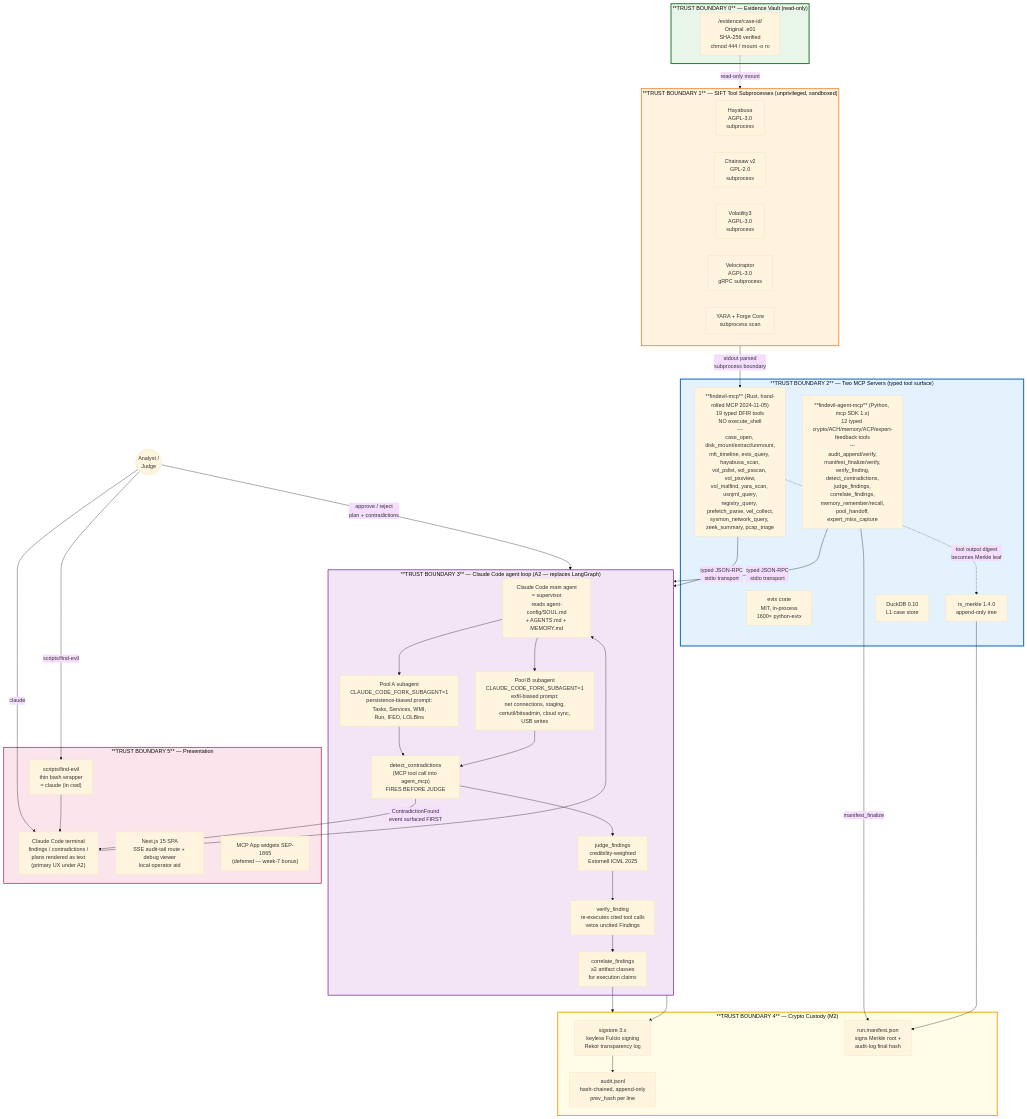
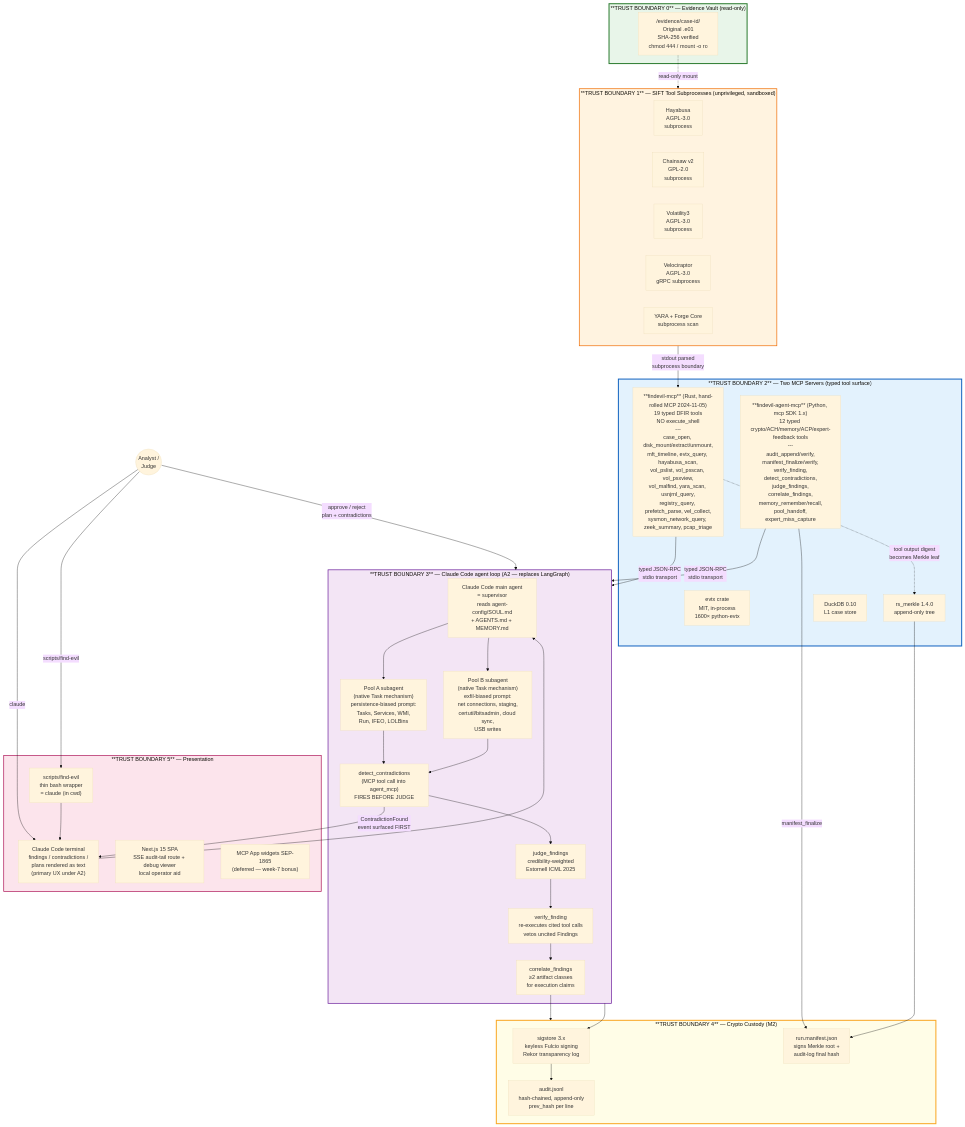
The first of 3 diagrams in docs/architecture.md (TimothyVang/sans-hackathon), drawn with Mermaid (base theme) before and after one commit. The commit also changed other lines of this file and 4 other files, not shown here.

First line of the commit message:
docs(plan): correct CLAUDE_CODE_FORK_SUBAGENT to native subagent mechanism in product docs

````diff
--- a/docs/architecture.md
+++ b/docs/architecture.md
@@ -44,81 +44,81 @@
 ```mermaid
 flowchart TB
     subgraph Trust0["**TRUST BOUNDARY 0** — Evidence Vault (read-only)"]
         Evidence["/evidence/case-id/<br/>Original .e01<br/>SHA-256 verified<br/>chmod 444 / mount -o ro"]
     end
 
     subgraph Trust1["**TRUST BOUNDARY 1** — SIFT Tool Subprocesses (unprivileged, sandboxed)"]
         Hayabusa[Hayabusa<br/>AGPL-3.0<br/>subprocess]
         Chainsaw[Chainsaw v2<br/>GPL-2.0<br/>subprocess]
         Volatility[Volatility3<br/>AGPL-3.0<br/>subprocess]
         Velociraptor[Velociraptor<br/>AGPL-3.0<br/>gRPC subprocess]
         YARA[YARA + Forge Core<br/>subprocess scan]
     end
 
     subgraph Trust2["**TRUST BOUNDARY 2** — Two MCP Servers (typed tool surface)"]
         RustMcp["**findevil-mcp** (Rust, hand-rolled MCP 2024-11-05)<br/>19 typed DFIR tools<br/>NO execute_shell<br/>---<br/>case_open, disk_mount/extract/unmount,<br/>mft_timeline, evtx_query, hayabusa_scan,<br/>vol_pslist, vol_psscan, vol_psxview,<br/>vol_malfind, yara_scan, usnjrnl_query,<br/>registry_query, prefetch_parse, vel_collect,<br/>sysmon_network_query, zeek_summary, pcap_triage"]
         AgentMcp["**findevil-agent-mcp** (Python, mcp SDK 1.x)<br/>12 typed crypto/ACH/memory/ACP/expert-feedback tools<br/>---<br/>audit_append/verify,<br/>manifest_finalize/verify,<br/>verify_finding,<br/>detect_contradictions,<br/>judge_findings,<br/>correlate_findings,<br/>memory_remember/recall,<br/>pool_handoff,<br/>expert_miss_capture"]
         EvtxCrate["evtx crate<br/>MIT, in-process<br/>1600× python-evtx"]
         Merkle["rs_merkle 1.4.0<br/>append-only tree"]
         DuckDB["DuckDB 0.10<br/>L1 case store"]
     end
 
     subgraph Trust3["**TRUST BOUNDARY 3** — Claude Code agent loop (A2 — replaces LangGraph)"]
         Supervisor["Claude Code main agent<br/>= supervisor<br/>reads agent-config/SOUL.md<br/>+ AGENTS.md + MEMORY.md"]
-        PoolA["Pool A subagent<br/>CLAUDE_CODE_FORK_SUBAGENT=1<br/>persistence-biased prompt:<br/>Tasks, Services, WMI,<br/>Run, IFEO, LOLBins"]
-        PoolB["Pool B subagent<br/>CLAUDE_CODE_FORK_SUBAGENT=1<br/>exfil-biased prompt:<br/>net connections, staging,<br/>certutil/bitsadmin, cloud sync,<br/>USB writes"]
+        PoolA["Pool A subagent<br/>(native Task mechanism)<br/>persistence-biased prompt:<br/>Tasks, Services, WMI,<br/>Run, IFEO, LOLBins"]
+        PoolB["Pool B subagent<br/>(native Task mechanism)<br/>exfil-biased prompt:<br/>net connections, staging,<br/>certutil/bitsadmin, cloud sync,<br/>USB writes"]
         Contradiction["detect_contradictions<br/>(MCP tool call into agent_mcp)<br/>FIRES BEFORE JUDGE"]
         Judge["judge_findings<br/>credibility-weighted<br/>Estornell ICML 2025"]
         Verifier["verify_finding<br/>re-executes cited tool calls<br/>vetos uncited Findings"]
         Correlator["correlate_findings<br/>≥2 artifact classes<br/>for execution claims"]
     end
 
     subgraph Trust4["**TRUST BOUNDARY 4** — Crypto Custody (M2)"]
         Sigstore["sigstore 3.x<br/>keyless Fulcio signing<br/>Rekor transparency log"]
         AuditJSONL["audit.jsonl<br/>hash-chained, append-only<br/>prev_hash per line"]
         Manifest["run.manifest.json<br/>signs Merkle root +<br/>audit-log final hash"]
     end
 
     subgraph Trust5["**TRUST BOUNDARY 5** — Presentation"]
         Terminal["Claude Code terminal<br/>findings / contradictions /<br/>plans rendered as text<br/>(primary UX under A2)"]
         FindEvilSh["scripts/find-evil<br/>thin bash wrapper<br/>= claude (in cwd)"]
         NextJS["Next.js 15 SPA<br/>SSE audit-tail route + debug viewer<br/>local operator aid"]
         MCPWidgets["MCP App widgets SEP-1865<br/>(deferred — week-7 bonus)"]
     end
 
     Human((Analyst /<br/>Judge)) -->|scripts/find-evil| FindEvilSh
     Human -->|claude| Terminal
 
     FindEvilSh --> Terminal
     Terminal --> Supervisor
 
     Evidence -.->|read-only mount| Trust1
     Trust1 -->|stdout parsed<br/>subprocess boundary| RustMcp
     RustMcp -->|typed JSON-RPC<br/>stdio transport| Trust3
     AgentMcp -->|typed JSON-RPC<br/>stdio transport| Trust3
 
     Supervisor --> PoolA
     Supervisor --> PoolB
     PoolA --> Contradiction
     PoolB --> Contradiction
     Contradiction -->|ContradictionFound<br/>event surfaced FIRST| Terminal
     Contradiction --> Judge
     Judge --> Verifier
     Verifier --> Correlator
     Correlator --> Trust4
 
     Trust3 --> Sigstore
     RustMcp -.->|tool output digest<br/>becomes Merkle leaf| Merkle
     AgentMcp -->|manifest_finalize| Manifest
     Merkle --> Manifest
     Sigstore --> AuditJSONL
 
     Human -->|approve / reject<br/>plan + contradictions| Trust3
 
     style Trust0 fill:#e8f5e9,stroke:#2e7d32,stroke-width:3px
     style Trust1 fill:#fff3e0,stroke:#ef6c00,stroke-width:2px
     style Trust2 fill:#e3f2fd,stroke:#1565c0,stroke-width:3px
     style Trust3 fill:#f3e5f5,stroke:#6a1b9a,stroke-width:2px
     style Trust4 fill:#fffde7,stroke:#f9a825,stroke-width:3px
     style Trust5 fill:#fce4ec,stroke:#ad1457,stroke-width:2px
 ```
````
